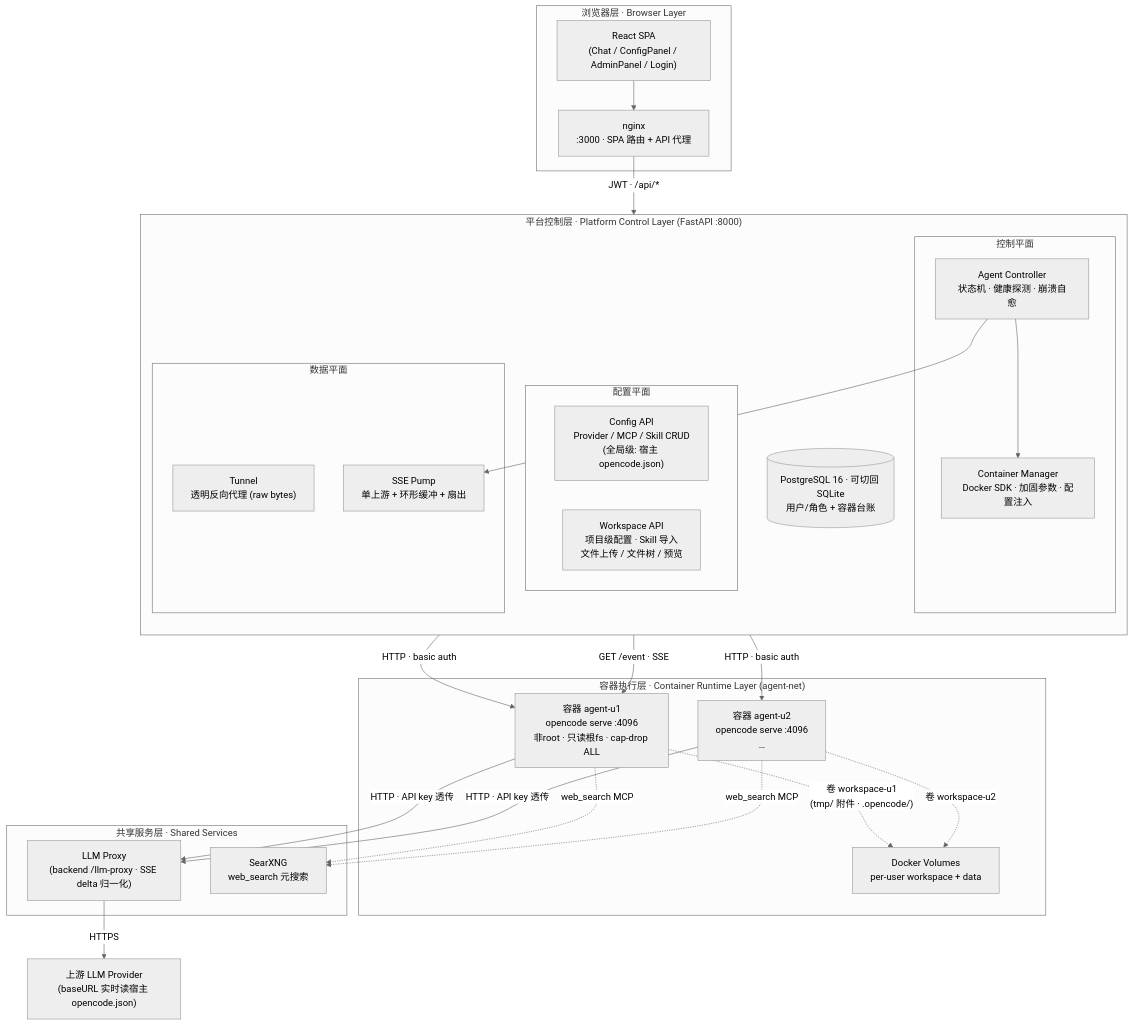
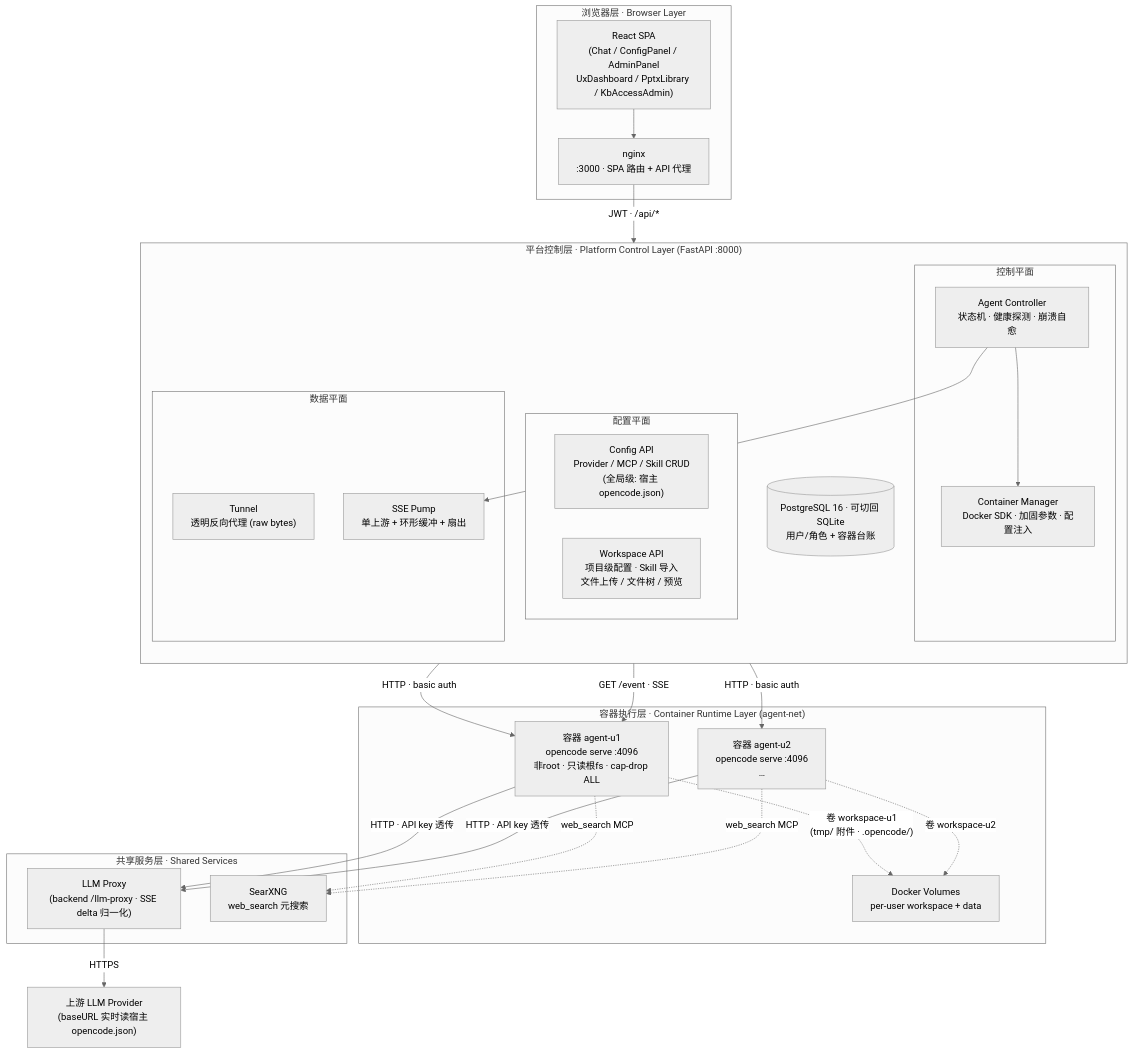
One commit to Caeser-Zhang/agent-docker-platform changed the first of 2 diagrams in README.md. Above: the diagram before and after it, drawn with Mermaid (neutral theme). The commit also changed other lines of this file and 1 other file, not shown here.

````diff
--- a/README.md
+++ b/README.md
@@ -24,52 +24,52 @@
 ```mermaid
 flowchart TB
     subgraph Browser["浏览器层 · Browser Layer"]
-        SPA["React SPA<br/>(Chat / ConfigPanel / AdminPanel / Login)"]
+        SPA["React SPA<br/>(Chat / ConfigPanel / AdminPanel<br/>UxDashboard / PptxLibrary / KbAccessAdmin)"]
         NGINX["nginx<br/>:3000 · SPA 路由 + API 代理"]
         SPA --> NGINX
     end
 
     subgraph Platform["平台控制层 · Platform Control Layer (FastAPI :8000)"]
         direction TB
         subgraph Control["控制平面"]
             AC["Agent Controller<br/>状态机 · 健康探测 · 崩溃自愈"]
             CM["Container Manager<br/>Docker SDK · 加固参数 · 配置注入"]
         end
         subgraph ConfigPlane["配置平面"]
             CFG["Config API<br/>Provider / MCP / Skill CRUD<br/>(全局级: 宿主 opencode.json)"]
             WS["Workspace API<br/>项目级配置 · Skill 导入<br/>文件上传 / 文件树 / 预览"]
         end
         subgraph DataPlane["数据平面"]
             TUNNEL["Tunnel<br/>透明反向代理 (raw bytes)"]
             PUMP["SSE Pump<br/>单上游 + 环形缓冲 + 扇出"]
         end
         DB[("PostgreSQL 16 · 可切回 SQLite<br/>用户/角色 + 容器台账")]
         AC --> CM
         AC --> PUMP
     end
 
     subgraph Runtime["容器执行层 · Container Runtime Layer (agent-net)"]
         C1["容器 agent-u1<br/>opencode serve :4096<br/>非root · 只读根fs · cap-drop ALL"]
         C2["容器 agent-u2<br/>opencode serve :4096<br/>…"]
         C1 -. "卷 workspace-u1<br/>(tmp/ 附件 · .opencode/)" .-> CN
         C2 -. "卷 workspace-u2" .-> CN
         CN["Docker Volumes<br/>per-user workspace + data"]
     end
 
     subgraph Shared["共享服务层 · Shared Services"]
         LP["LLM Proxy<br/>(backend /llm-proxy · SSE delta 归一化)"]
         SXNG["SearXNG<br/>web_search 元搜索"]
     end
 
     UP["上游 LLM Provider<br/>(baseURL 实时读宿主 opencode.json)"]
 
     NGINX -->|"JWT · /api/*"| Platform
     TUNNEL -->|HTTP · basic auth| C1
     TUNNEL -->|HTTP · basic auth| C2
     PUMP -->|GET /event · SSE| C1
     C1 -->|HTTP · API key 透传| LP
     C2 -->|HTTP · API key 透传| LP
     LP -->|HTTPS| UP
     C1 -.->|web_search MCP| SXNG
     C2 -.->|web_search MCP| SXNG
 ```
````
